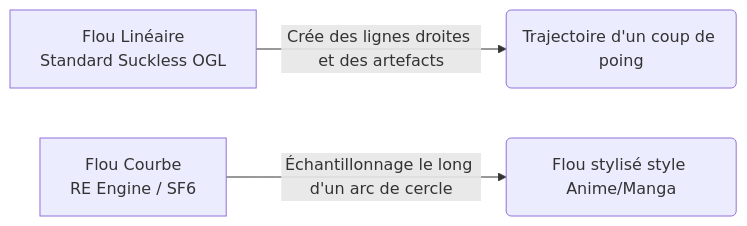
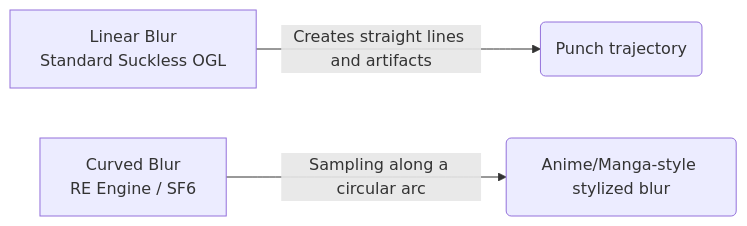
Diagram 11 of 18 in docs/diagram_index.md (yoyonel/suckless-ogl), drawn with Mermaid before and after one commit. The commit also changed other lines of this file and 98 other files, not shown here.

````diff
--- a/docs/diagram_index.md
+++ b/docs/diagram_index.md
@@ -421,5 +421,5 @@
 ```mermaid
 graph LR
-A[Flou Linéaire \nStandard Suckless OGL] -->|Crée des lignes droites et des artefacts| B(Trajectoire d'un coup de poing)
-C[Flou Courbe \nRE Engine / SF6] -->|Échantillonnage le long d'un arc de cercle| D(Flou stylisé style Anime/Manga)
+A[Linear Blur \nStandard Suckless OGL] -->|Creates straight lines and artifacts| B(Punch trajectory)
+C[Curved Blur \nRE Engine / SF6] -->|Sampling along a circular arc| D(Anime/Manga-style stylized blur)
 ```
````
